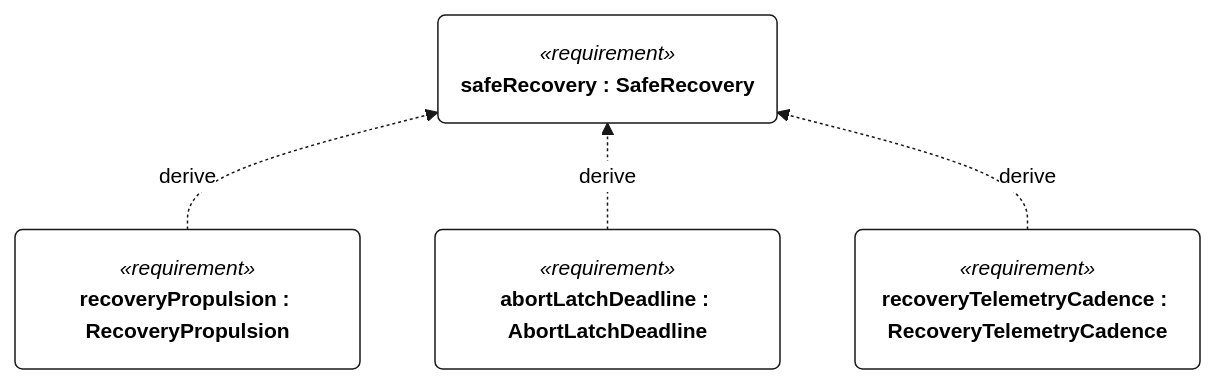
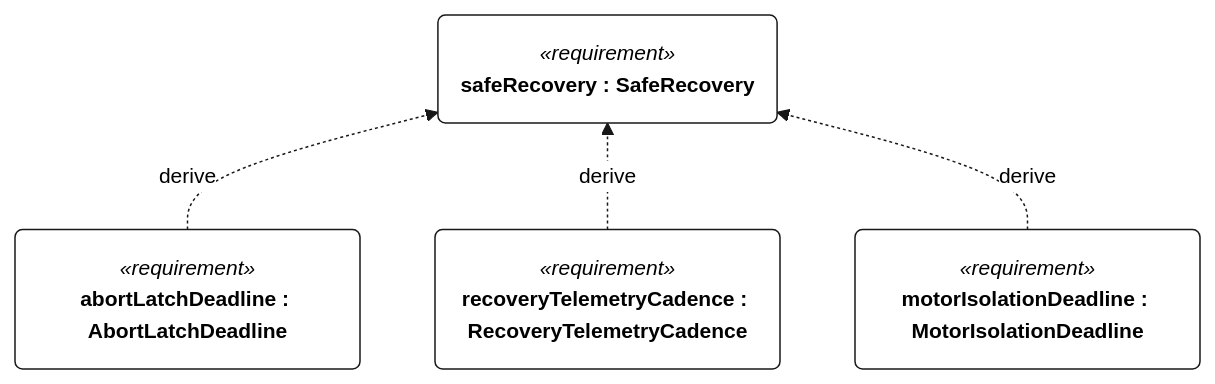
The first of 3 diagrams in docs/figures/requirements-s-003.md (DavidIngraham/sv-blue-dog), drawn with Mermaid before and after one commit. The commit also changed other lines of this file and 130 other files, not shown here.

````diff
--- a/docs/figures/requirements-s-003.md
+++ b/docs/figures/requirements-s-003.md
@@ -33,43 +31,43 @@
 ```mermaid
 ---
 config:
   fontFamily: "Helvetica, Arial, sans-serif"
   theme: base
   themeCSS: ".edgeLabel rect { opacity: 1 !important; } .cluster-label .nodeLabel { text-align: center; }"
   themeVariables:
     fontFamily: "Helvetica, Arial, sans-serif"
     fontSize: "14px"
     primaryColor: "#FFFFFF"
     secondaryColor: "#FFFFFF"
     tertiaryColor: "#FFFFFF"
     background: "#FFFFFF"
     primaryBorderColor: "#181818"
     primaryTextColor: "#000000"
     lineColor: "#181818"
     textColor: "#000000"
     noteBkgColor: "#FEFFDD"
     noteBorderColor: "#181818"
     noteTextColor: "#000000"
     clusterBkg: "#FFFFFF"
     clusterBorder: "#181818"
     edgeLabelBackground: "#FFFFFF"
 ---
 %% BlueDogViews::safeRecovery1 — requirement rendering (view def GeneralView, filter @RequirementUsage)
-%% not represented: 130 node(s) without a position, left undrawn, and 195 edge(s) at them
+%% not represented: 113 node(s) without a position, left undrawn, and 163 edge(s) at them
 %% layout: n0 x=0 y=0
 %% layout: n1 x=0 y=200
 %% layout: n2 x=300 y=200
 %% layout: n3 x=600 y=200
 flowchart BT
   n0("`*«requirement»*
 **safeRecovery : SafeRecovery**`")
   n1("`*«requirement»*
-**recoveryPropulsion : RecoveryPropulsion**`")
+**abortLatchDeadline : AbortLatchDeadline**`")
   n2("`*«requirement»*
-**abortLatchDeadline : AbortLatchDeadline**`")
+**recoveryTelemetryCadence : RecoveryTelemetryCadence**`")
   n3("`*«requirement»*
-**recoveryTelemetryCadence : RecoveryTelemetryCadence**`")
+**motorIsolationDeadline : MotorIsolationDeadline**`")
   n1 -.->|"derive"| n0
   n2 -.->|"derive"| n0
   n3 -.->|"derive"| n0
 ```
````
